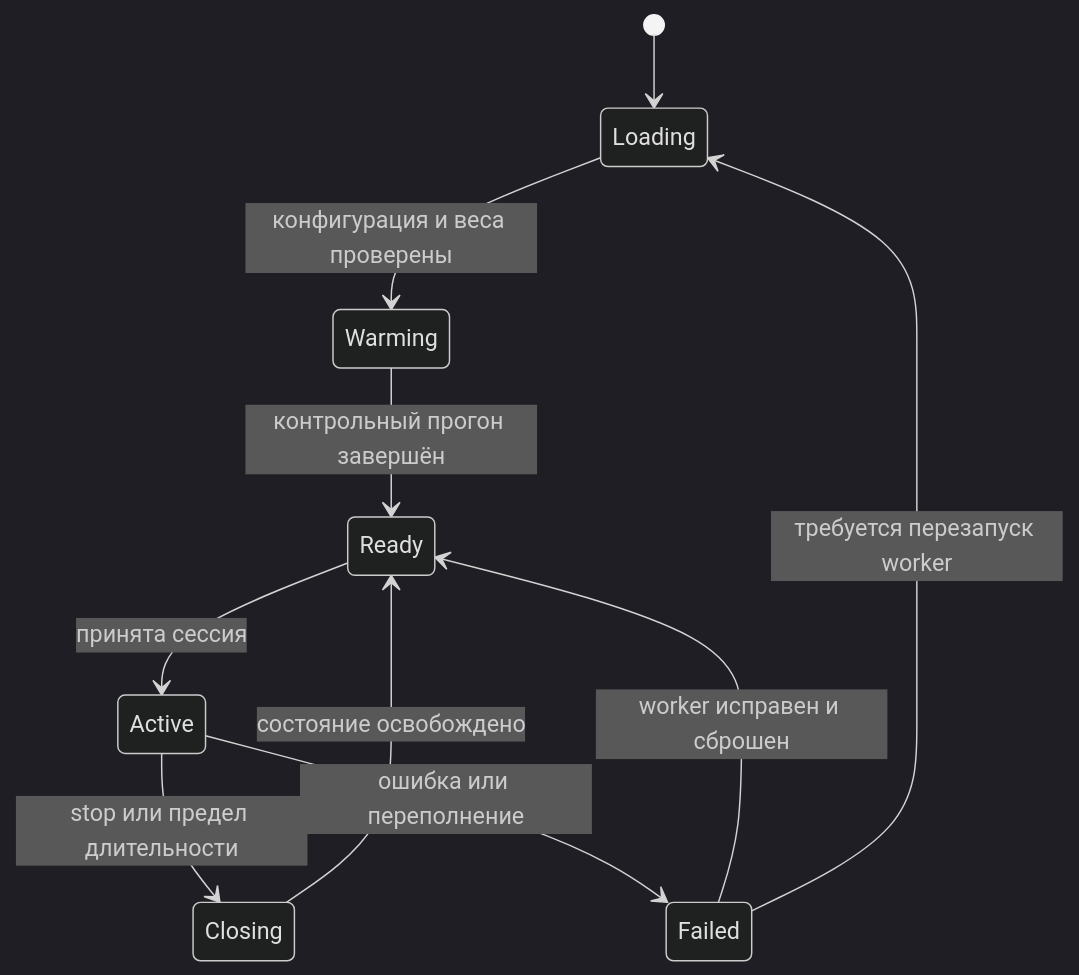
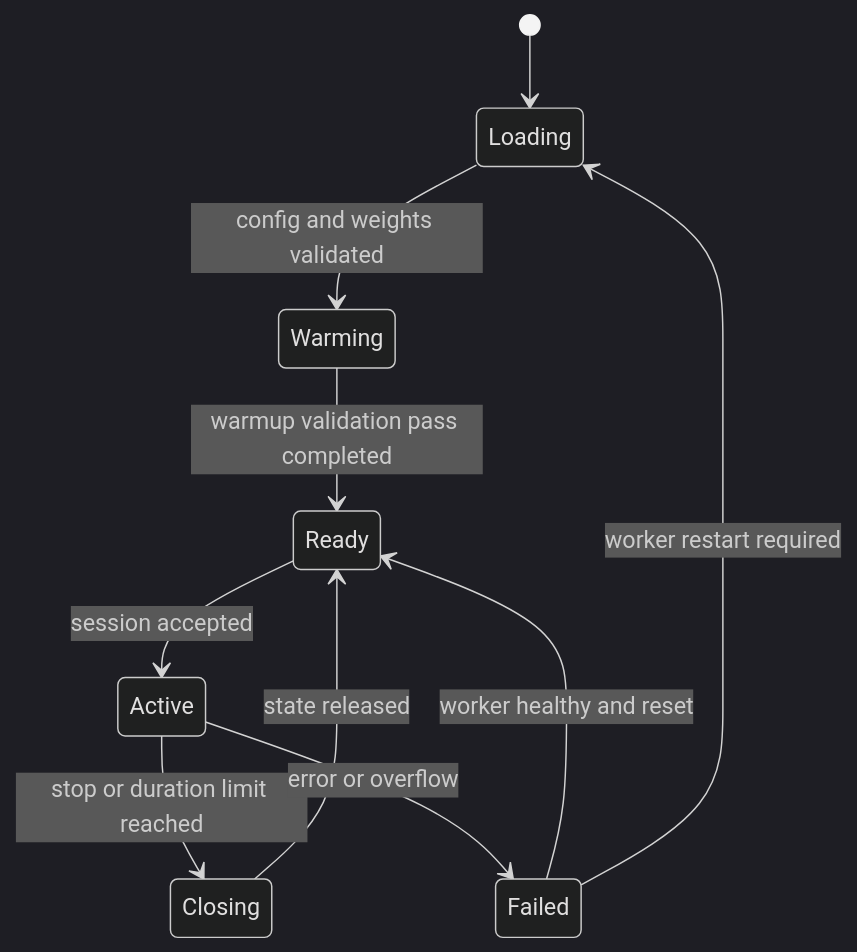
The diagram in docs/runtime.md (karl4th/aether-v2), drawn with Mermaid (dark theme) before and after one commit. The commit also changed other lines of this file and 26 other files, not shown here.

````diff
--- a/docs/runtime.md
+++ b/docs/runtime.md
@@ -5,12 +5,12 @@
 ```mermaid
 stateDiagram-v2
     [*] --> Loading
-    Loading --> Warming: конфигурация и веса проверены
-    Warming --> Ready: контрольный прогон завершён
-    Ready --> Active: принята сессия
-    Active --> Closing: stop или предел длительности
-    Active --> Failed: ошибка или переполнение
-    Closing --> Ready: состояние освобождено
-    Failed --> Ready: worker исправен и сброшен
-    Failed --> Loading: требуется перезапуск worker
+    Loading --> Warming: config and weights validated
+    Warming --> Ready: warmup validation pass completed
+    Ready --> Active: session accepted
+    Active --> Closing: stop or duration limit reached
+    Active --> Failed: error or overflow
+    Closing --> Ready: state released
+    Failed --> Ready: worker healthy and reset
+    Failed --> Loading: worker restart required
 ```
````
